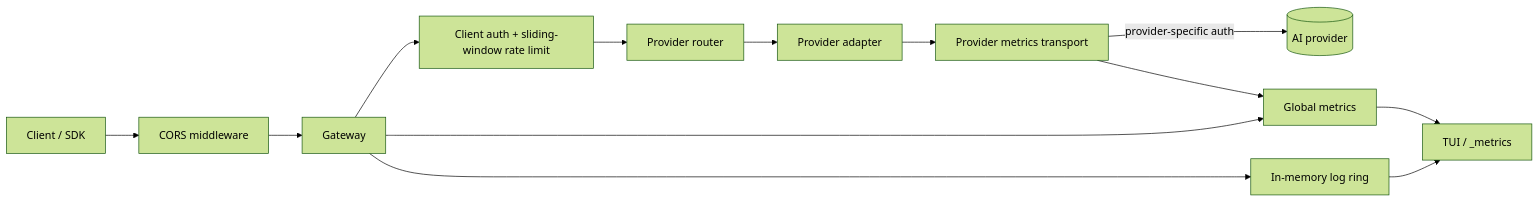
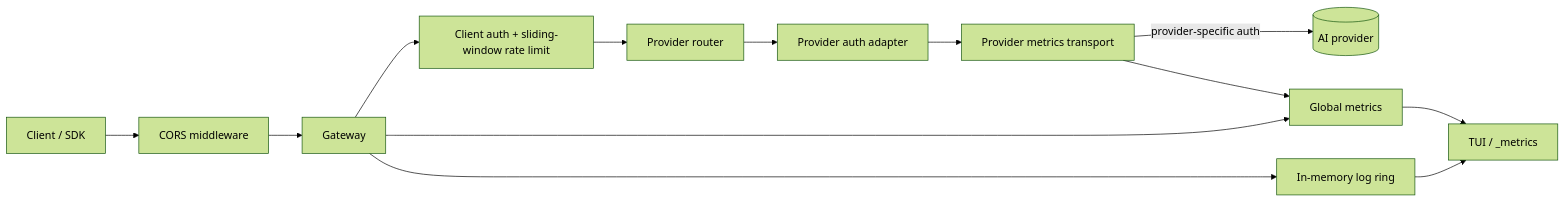
Before and after one commit to Homiakus/GemGate: the diagram in docs/ARCHITECTURE.md, drawn with Mermaid (forest theme). The commit also changed other lines of this file and 3 other files, not shown here.

````diff
--- a/docs/ARCHITECTURE.md
+++ b/docs/ARCHITECTURE.md
@@ -7,15 +7,15 @@
 ```mermaid
 flowchart LR
     C[Client / SDK] --> X[CORS middleware]
     X --> G[Gateway]
     G --> A[Client auth + sliding-window rate limit]
     A --> R[Provider router]
-    R --> P[Provider adapter]
+    R --> P[Provider auth adapter]
     P --> PM[Provider metrics transport]
     PM -->|provider-specific auth| U[(AI provider)]
     G --> M[Global metrics]
     G --> L[In-memory log ring]
     PM --> M
     M --> T[TUI / _metrics]
     L --> T
 ```
````
